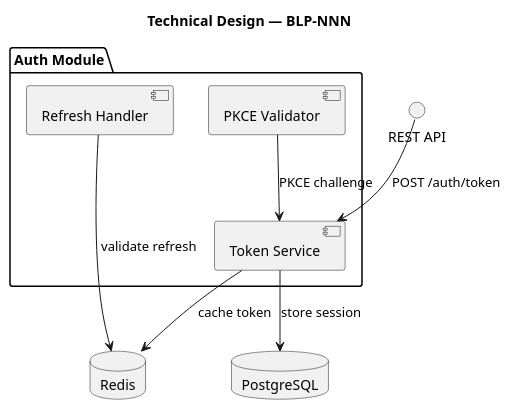
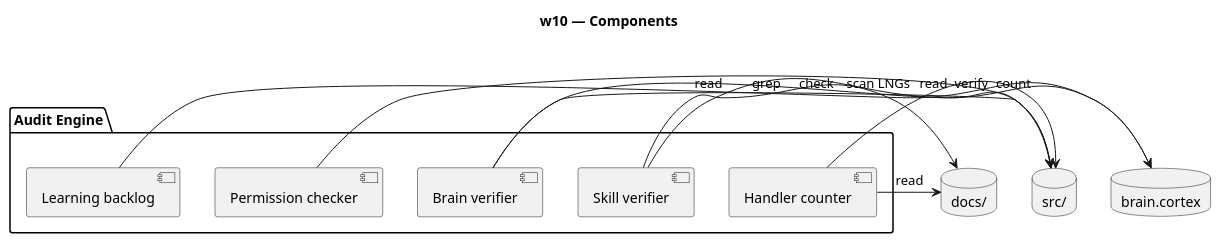
One commit to FidelErnesto03/arqux changed the third of 3 diagrams in .arqux/cycles/CYCLE-01/blueprints/BLP-010.md. Above: the diagram before and after it, drawn with PlantUML. The commit also changed other lines of this file and 4 other files, not shown here.

````diff
--- a/.arqux/cycles/CYCLE-01/blueprints/BLP-010.md
+++ b/.arqux/cycles/CYCLE-01/blueprints/BLP-010.md
@@ -120,26 +159,27 @@
 ```puml
 @startuml
-title Technical Design — BLP-NNN
-' REQUIRED: Component diagram showing all modules, their responsibilities,
-' and their interfaces. Use standard UML component notation.
+title w10 — Components
 
-package "Auth Module" {
-  [Token Service] as TS
-  [Refresh Handler] as RH
-  [PKCE Validator] as PV
+package "Audit Engine" {
+  [Handler counter] as HC
+  [Skill verifier] as SV
+  [Brain verifier] as BV
+  [Permission checker] as PC
+  [Learning backlog] as LB
 }
 
-database "Redis" as RC
-database "PostgreSQL" as PG
-interface "REST API" as API
+database "docs/" as DOC
+database "src/" as SRC
+database "brain.cortex" as BC
 
-API --> TS : POST /auth/token
-TS --> PG : store session
-TS --> RC : cache token
-RH --> RC : validate refresh
-PV --> TS : PKCE challenge
+HC -> DOC: read
+HC -> SRC: count
+SV -> DOC: read
+SV -> SRC: verify
+BV -> BC: read
+BV -> SRC: grep
+PC -> SRC: check
+LB -> BC: scan LNGs
 
-' Each component must have a clear responsibility.
-' Each arrow must have a clear purpose.
 @enduml
 ```
````
